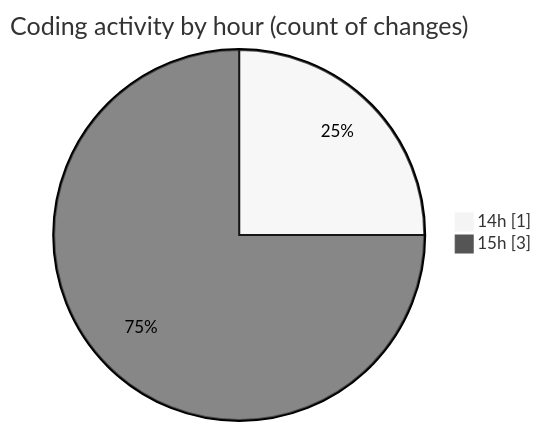
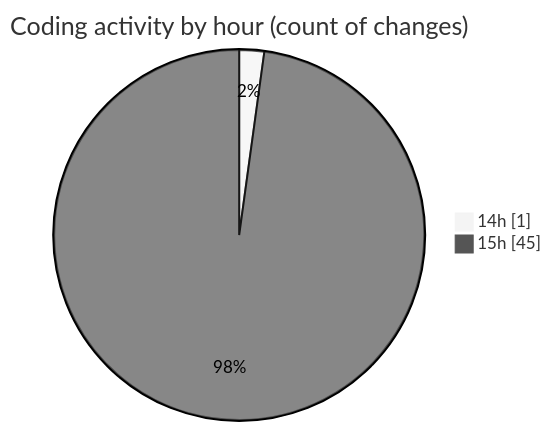
Before and after one commit to nxtqubesakshisongat/code-tracking: the second of 2 diagrams in 2025-04-10/nxtqube_webapp/README.md, drawn with Mermaid (neutral theme). The commit also changed other lines of this file and 1 other file, not shown here.

````diff
--- a/2025-04-10/nxtqube_webapp/README.md
+++ b/2025-04-10/nxtqube_webapp/README.md
@@ -30,6 +32,6 @@
 ```mermaid
 pie showData
 title Coding activity by hour (count of changes)
 "14h" : 1
-"15h" : 3
+"15h" : 45
 ```
````
